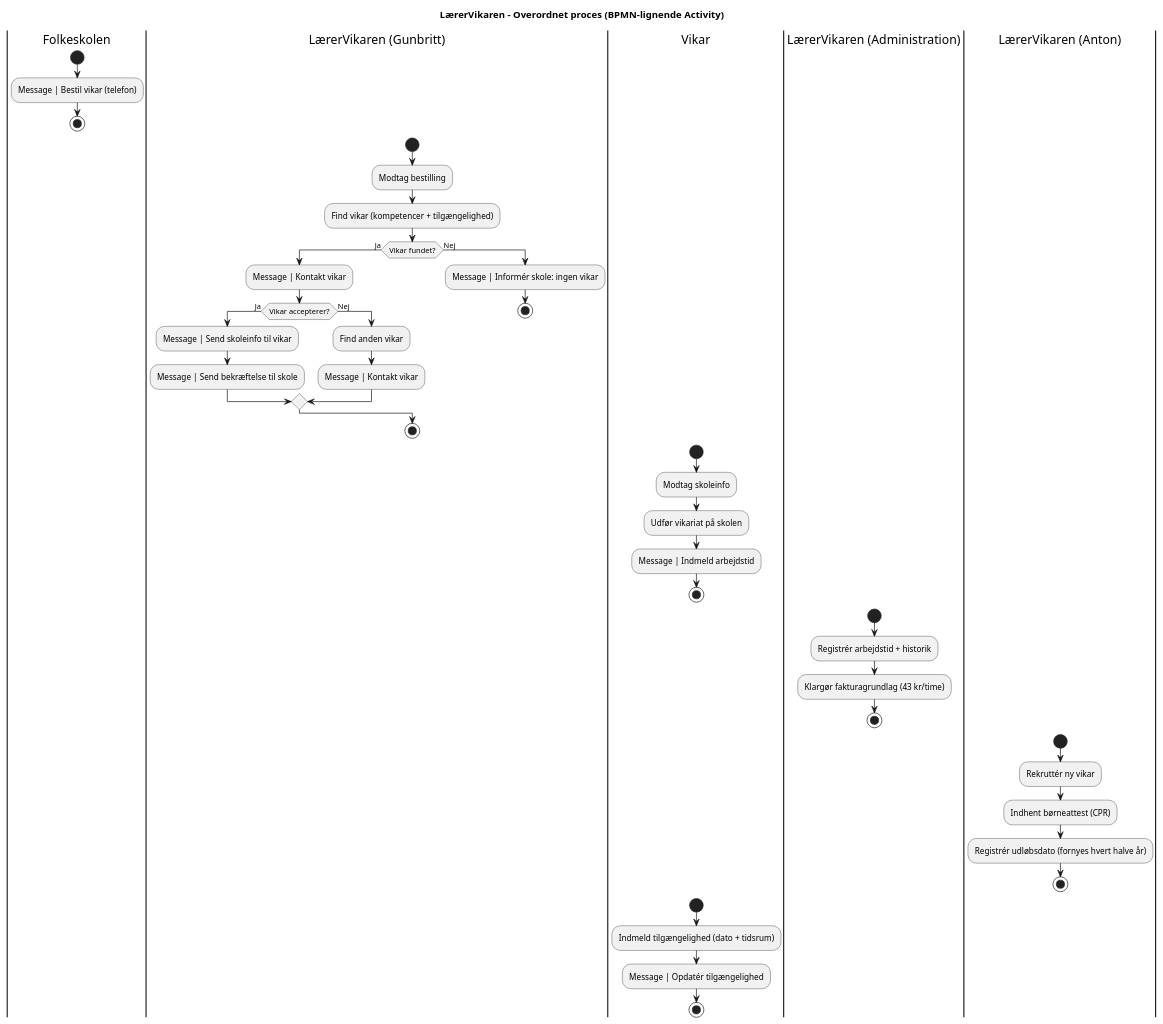
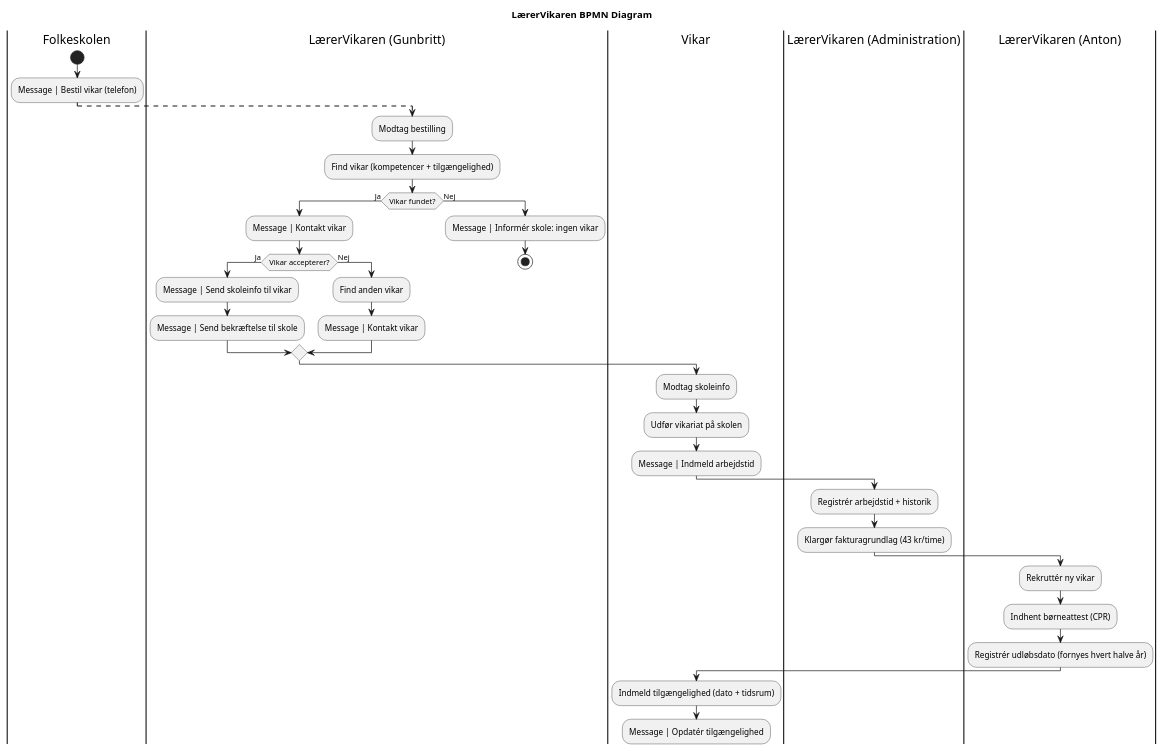
One commit to senan2315/LaererVikaren changed the diagram in Forretningsanalyse/BPMN Diagram.plantuml. Above: the diagram before and after it, drawn with PlantUML.

Commit message:
rettet BPMN diagram

```diff
--- a/Forretningsanalyse/BPMN Diagram.plantuml
+++ b/Forretningsanalyse/BPMN Diagram.plantuml
@@ -1,56 +1,45 @@
-@startuml BPMN Lærervikaren
-
-title LærerVikaren – Overordnet proces (BPMN-lignende Activity)
-
-skinparam shadowing false
+@startuml LærerVikaren BPMN Diagram
+title LærerVikaren BPMN Diagram
 
 |Folkeskolen|
 start
 :Message | Bestil vikar (telefon);
-stop
 
 |LærerVikaren (Gunbritt)|
-start
+-[dashed]->
 :Modtag bestilling;
 :Find vikar (kompetencer + tilgængelighed);
 if (Vikar fundet?) then (Ja)
   :Message | Kontakt vikar;
   if (Vikar accepterer?) then (Ja)
     :Message | Send skoleinfo til vikar;
     :Message | Send bekræftelse til skole;
   else (Nej)
     :Find anden vikar;
     :Message | Kontakt vikar;
   endif
 else (Nej)
   :Message | Informér skole: ingen vikar;
   stop
 endif
-stop
 
 |Vikar|
-start
+-[dashed]->
 :Modtag skoleinfo;
 :Udfør vikariat på skolen;
 :Message | Indmeld arbejdstid;
-stop
 
 |LærerVikaren (Administration)|
-start
 :Registrér arbejdstid + historik;
 :Klargør fakturagrundlag (43 kr/time);
-stop
 
 |LærerVikaren (Anton)|
-start
 :Rekruttér ny vikar;
 :Indhent børneattest (CPR);
 :Registrér udløbsdato (fornyes hvert halve år);
-stop
 
 |Vikar|
-start
 :Indmeld tilgængelighed (dato + tidsrum);
 :Message | Opdatér tilgængelighed;
-stop
+
 @enduml
```
